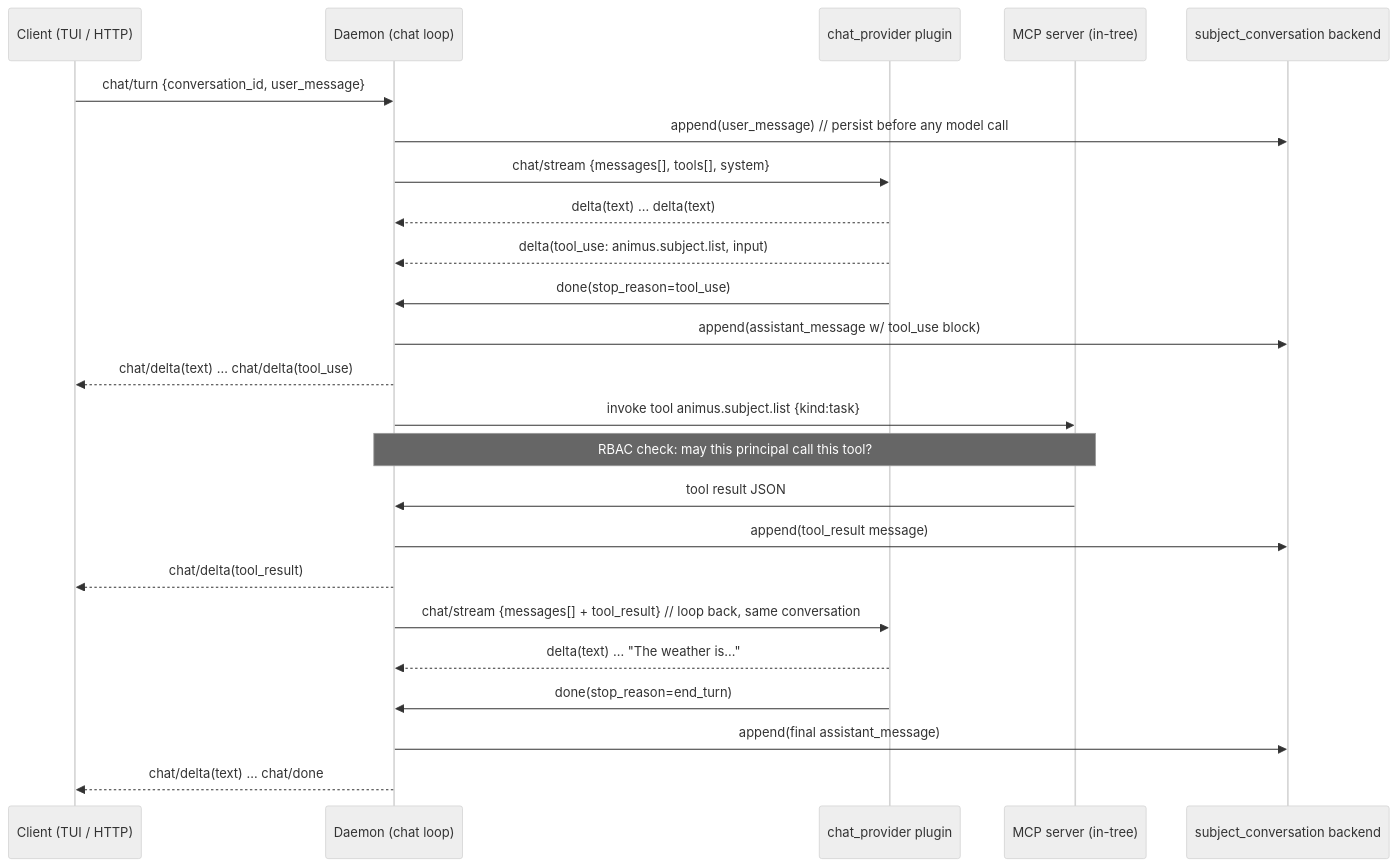
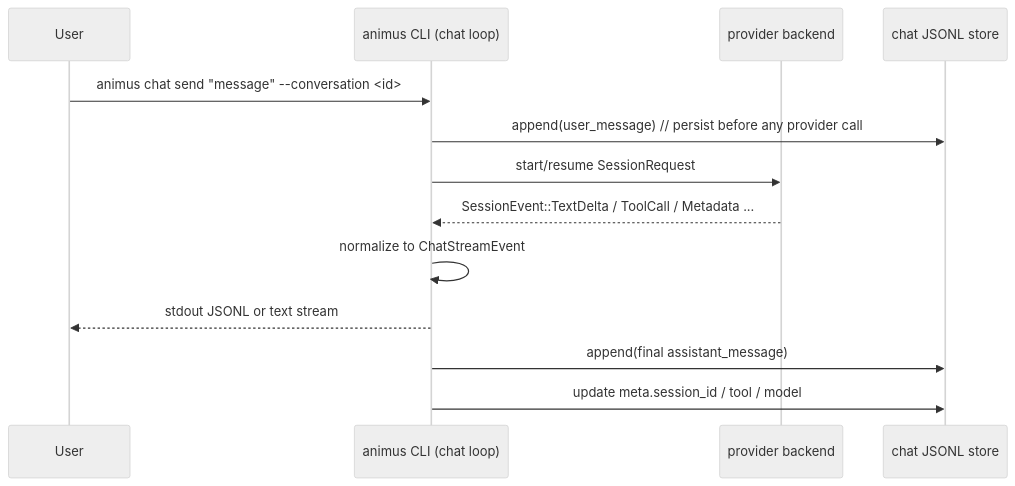
The diagram in docs/architecture/animus-chat.md (launchapp-dev/animus-cli), drawn with Mermaid (neutral theme) before and after one commit. The commit also changed other lines of this file and 16 other files, not shown here.

Commit message:
Add chat CLI and sync docs

````diff
--- a/docs/architecture/animus-chat.md
+++ b/docs/architecture/animus-chat.md
@@ -210,29 +194,16 @@
 ```mermaid
 sequenceDiagram
-    participant C as Client (TUI / HTTP)
-    participant D as Daemon (chat loop)
-    participant P as chat_provider plugin
-    participant M as MCP server (in-tree)
-    participant S as subject_conversation backend
+    participant U as User
+    participant C as animus CLI (chat loop)
+    participant P as provider backend
+    participant S as chat JSONL store
 
-    C->>D: chat/turn {conversation_id, user_message}
-    D->>S: append(user_message)               // persist before any model call
-    D->>P: chat/stream {messages[], tools[], system}
-    P-->>D: delta(text) … delta(text)
-    P-->>D: delta(tool_use: animus.subject.list, input)
-    P->>D: done(stop_reason=tool_use)
-    D->>S: append(assistant_message w/ tool_use block)
-    D-->>C: chat/delta(text) … chat/delta(tool_use)
-
-    D->>M: invoke tool animus.subject.list {kind:task}
-    Note over D,M: RBAC check: may this principal call this tool?
-    M->>D: tool result JSON
-    D->>S: append(tool_result message)
-    D-->>C: chat/delta(tool_result)
-
-    D->>P: chat/stream {messages[] + tool_result}   // loop back, same conversation
-    P-->>D: delta(text) … "The weather is…"
-    P->>D: done(stop_reason=end_turn)
-    D->>S: append(final assistant_message)
-    D-->>C: chat/delta(text) … chat/done
+    U->>C: animus chat send "message" --conversation <id>
+    C->>S: append(user_message)                // persist before any provider call
+    C->>P: start/resume SessionRequest
+    P-->>C: SessionEvent::TextDelta / ToolCall / Metadata ...
+    C->>C: normalize to ChatStreamEvent
+    C-->>U: stdout JSONL or text stream
+    C->>S: append(final assistant_message)
+    C->>S: update meta.session_id / tool / model
 ```
````
